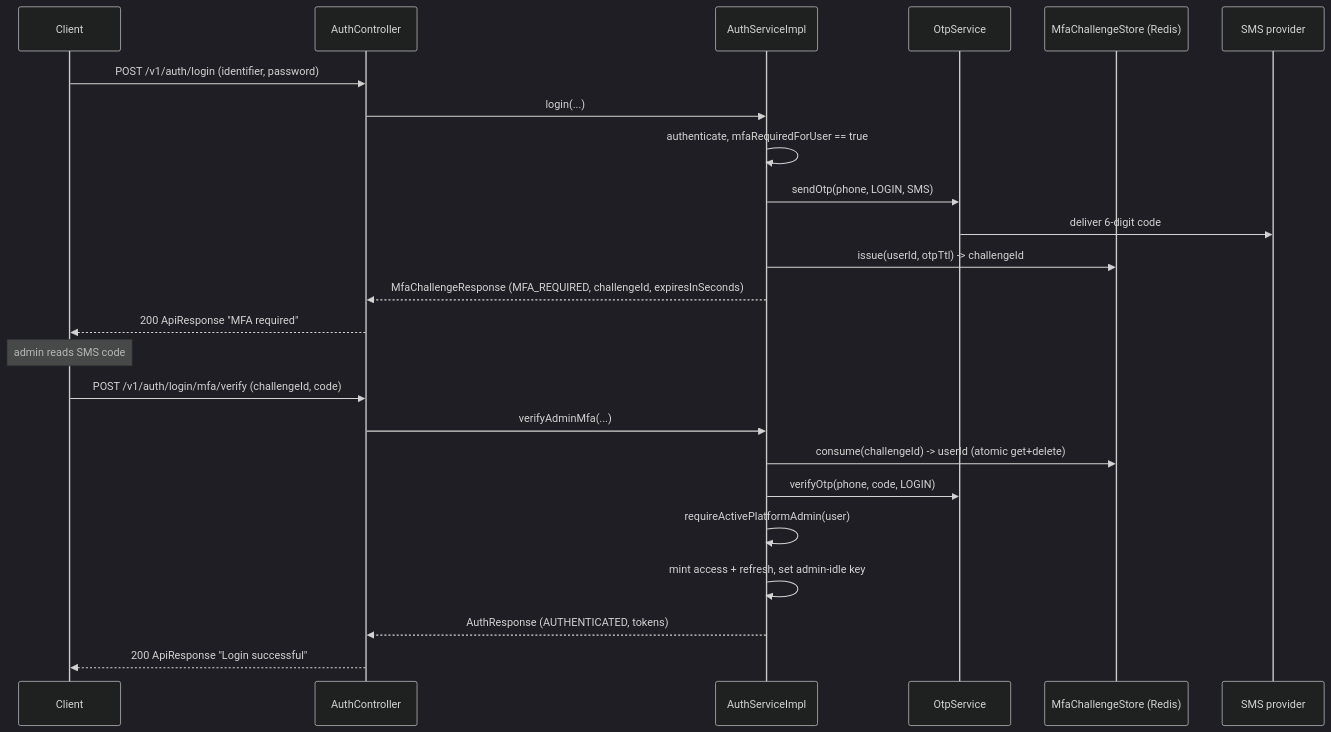
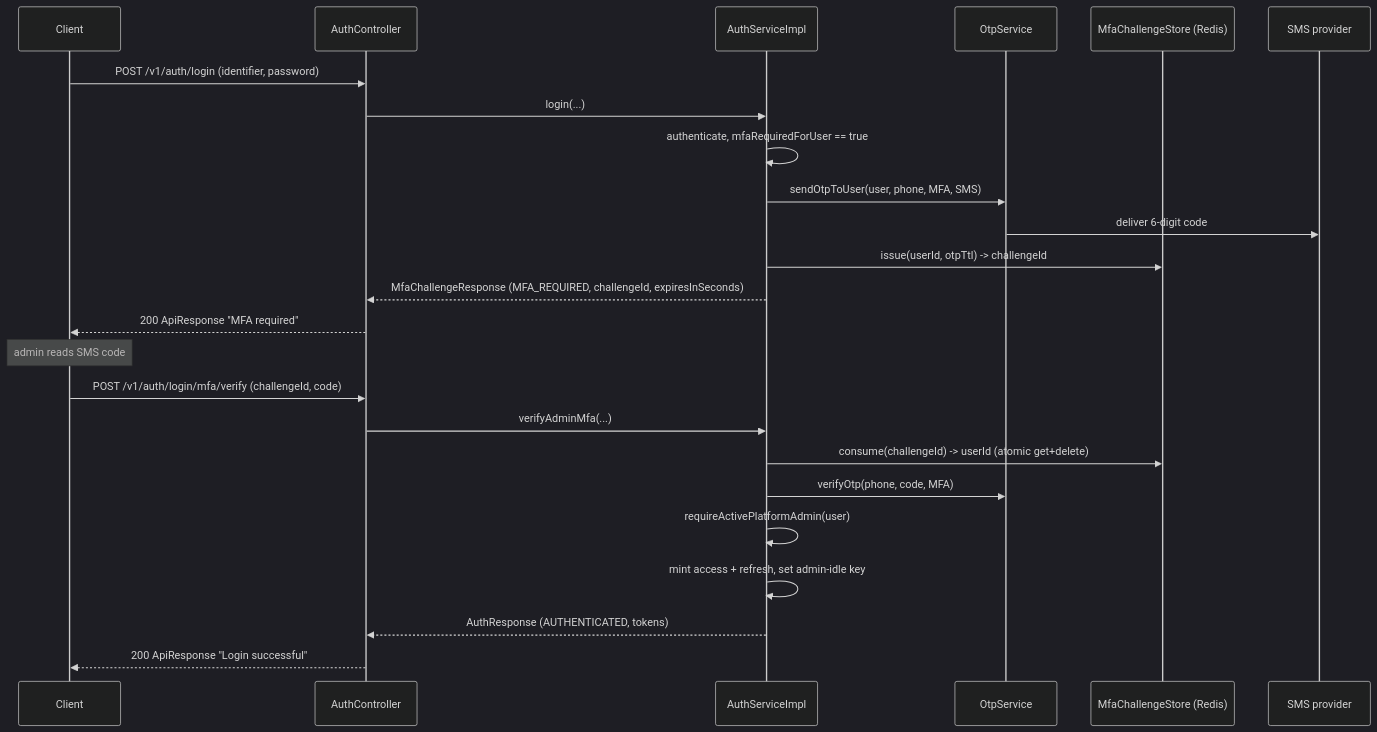
Before and after one commit to cropdoor/cropdoor-almanac: the diagram in docs/auth/admin-login-and-mfa.md, drawn with Mermaid (dark theme). The commit also changed other lines of this file and 2 other files, not shown here.

First line of the commit message:
auth: the anonymous phone doors (#391): MFA has its own OTP purpose and limits; every phone is answered alike; a wrong code counts and the sixth kills it; SMS sign-in ignores the password lock

````diff
--- a/docs/auth/admin-login-and-mfa.md
+++ b/docs/auth/admin-login-and-mfa.md
@@ -13,29 +13,29 @@
 ```mermaid
 sequenceDiagram
     participant Client
     participant AuthController
     participant AuthService as AuthServiceImpl
     participant Otp as OtpService
     participant Store as MfaChallengeStore (Redis)
     participant SMS as SMS provider
 
     Client->>AuthController: POST /v1/auth/login (identifier, password)
     AuthController->>AuthService: login(...)
     AuthService->>AuthService: authenticate, mfaRequiredForUser == true
-    AuthService->>Otp: sendOtp(phone, LOGIN, SMS)
+    AuthService->>Otp: sendOtpToUser(user, phone, MFA, SMS)
     Otp->>SMS: deliver 6-digit code
     AuthService->>Store: issue(userId, otpTtl) -> challengeId
     AuthService-->>AuthController: MfaChallengeResponse (MFA_REQUIRED, challengeId, expiresInSeconds)
     AuthController-->>Client: 200 ApiResponse "MFA required"
 
     Note over Client: admin reads SMS code
 
     Client->>AuthController: POST /v1/auth/login/mfa/verify (challengeId, code)
     AuthController->>AuthService: verifyAdminMfa(...)
     AuthService->>Store: consume(challengeId) -> userId (atomic get+delete)
-    AuthService->>Otp: verifyOtp(phone, code, LOGIN)
+    AuthService->>Otp: verifyOtp(phone, code, MFA)
     AuthService->>AuthService: requireActivePlatformAdmin(user)
     AuthService->>AuthService: mint access + refresh, set admin-idle key
     AuthService-->>AuthController: AuthResponse (AUTHENTICATED, tokens)
     AuthController-->>Client: 200 ApiResponse "Login successful"
 ```
````
